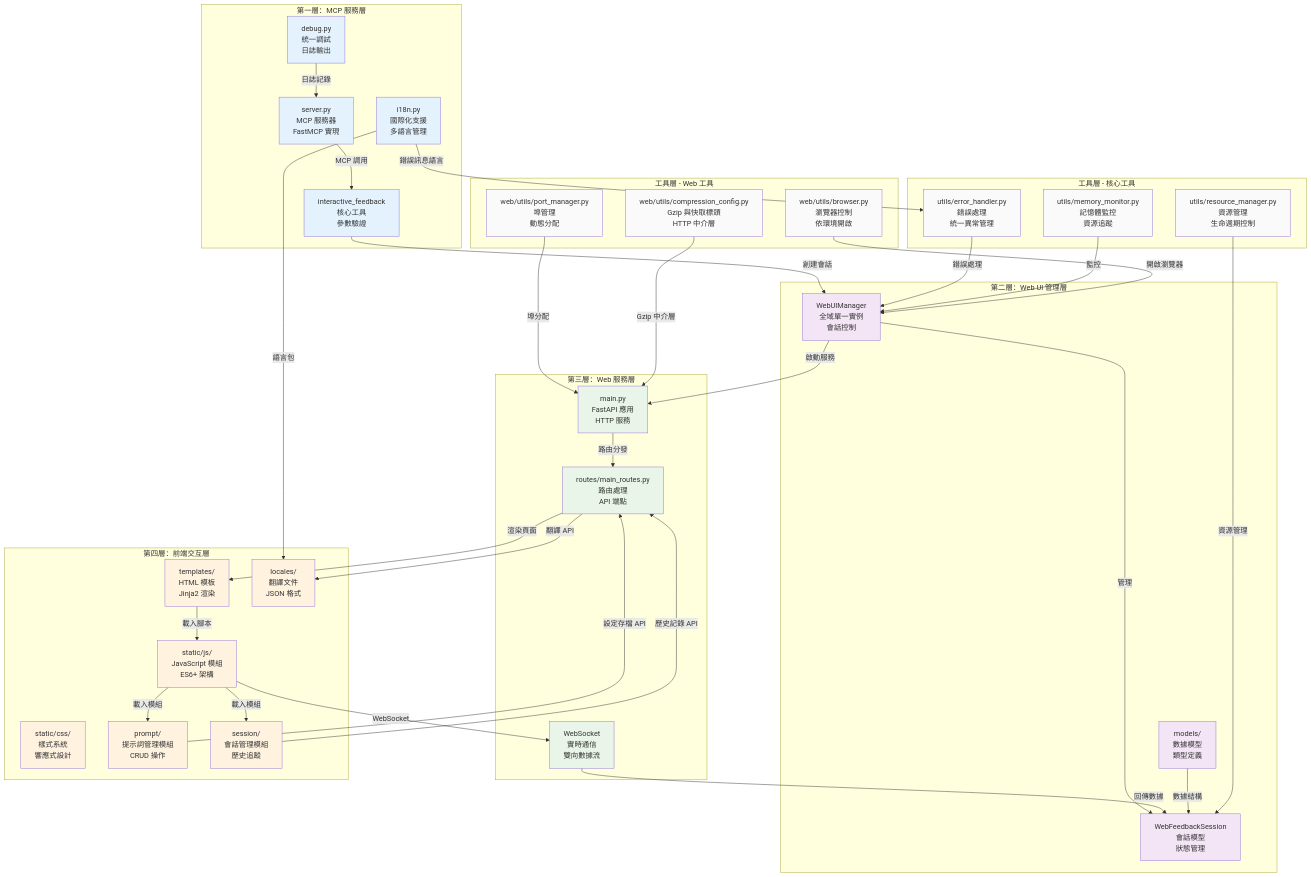
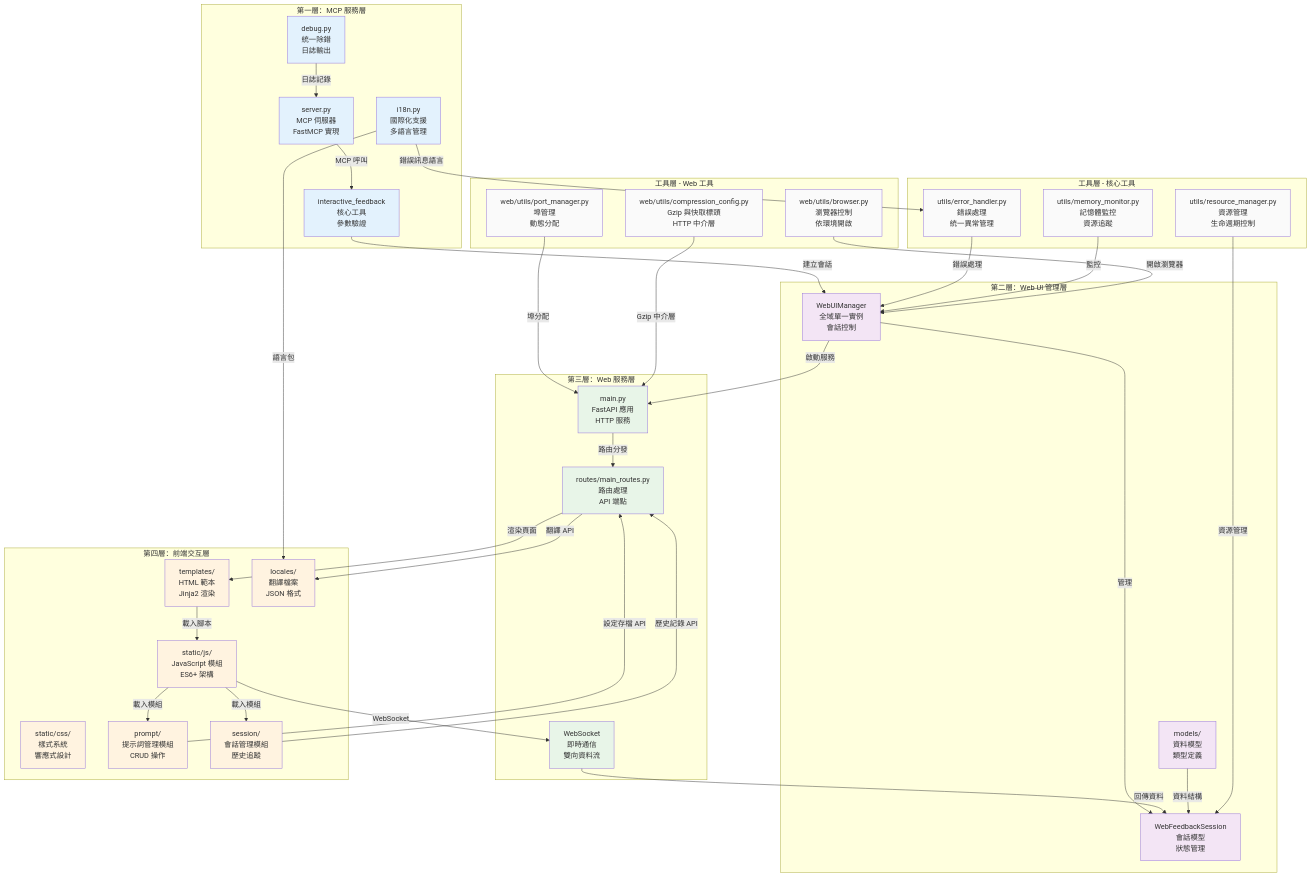
The first of 12 diagrams in docs/architecture/component-details.md (CloudEngineHub/mcp-feedback-enhanced), drawn with Mermaid before and after one commit. The commit also changed other lines of this file, not shown here.

````diff
--- a/docs/architecture/component-details.md
+++ b/docs/architecture/component-details.md
@@ -17,29 +17,29 @@
 ```mermaid
 graph TB
     subgraph "第一層：MCP 服務層"
-        SERVER[server.py<br/>MCP 服務器<br/>FastMCP 實現]
+        SERVER[server.py<br/>MCP 伺服器<br/>FastMCP 實現]
         TOOL[interactive_feedback<br/>核心工具<br/>參數驗證]
         I18N[i18n.py<br/>國際化支援<br/>多語言管理]
-        DEBUG[debug.py<br/>統一調試<br/>日誌輸出]
+        DEBUG[debug.py<br/>統一除錯<br/>日誌輸出]
     end
 
     subgraph "第二層：Web UI 管理層"
         MANAGER[WebUIManager<br/>全域單一實例<br/>會話控制]
         SESSION[WebFeedbackSession<br/>會話模型<br/>狀態管理]
-        MODELS[models/<br/>數據模型<br/>類型定義]
+        MODELS[models/<br/>資料模型<br/>類型定義]
     end
 
     subgraph "第三層：Web 服務層"
         MAIN[main.py<br/>FastAPI 應用<br/>HTTP 服務]
         ROUTES[routes/main_routes.py<br/>路由處理<br/>API 端點]
-        WS[WebSocket<br/>實時通信<br/>雙向數據流]
+        WS[WebSocket<br/>即時通信<br/>雙向資料流]
     end
 
     subgraph "第四層：前端交互層"
-        HTML[templates/<br/>HTML 模板<br/>Jinja2 渲染]
+        HTML[templates/<br/>HTML 範本<br/>Jinja2 渲染]
         JS[static/js/<br/>JavaScript 模組<br/>ES6+ 架構]
         CSS[static/css/<br/>樣式系統<br/>響應式設計]
-        LOCALES[locales/<br/>翻譯文件<br/>JSON 格式]
+        LOCALES[locales/<br/>翻譯檔案<br/>JSON 格式]
         PROMPT_MODULES[prompt/<br/>提示詞管理模組<br/>CRUD 操作]
         SESSION_MODULES[session/<br/>會話管理模組<br/>歷史追蹤]
     end
@@ -56,16 +56,16 @@
         COMPRESS[web/utils/compression_config.py<br/>Gzip 與快取標頭<br/>HTTP 中介層]
     end
 
-    %% 主要數據流
-    SERVER -->|MCP 調用| TOOL
-    TOOL -->|創建會話| MANAGER
+    %% 主要資料流
+    SERVER -->|MCP 呼叫| TOOL
+    TOOL -->|建立會話| MANAGER
     MANAGER -->|管理| SESSION
     MANAGER -->|啟動服務| MAIN
     MAIN -->|路由分發| ROUTES
     ROUTES -->|渲染頁面| HTML
     HTML -->|載入腳本| JS
     JS -->|WebSocket| WS
-    WS -->|回傳數據| SESSION
+    WS -->|回傳資料| SESSION
 
     %% 新功能模組
     JS -->|載入模組| PROMPT_MODULES
@@ -78,7 +78,7 @@
     ROUTES -->|翻譯 API| LOCALES
     I18N -->|語言包| LOCALES
     DEBUG -->|日誌記錄| SERVER
-    MODELS -->|數據結構| SESSION
+    MODELS -->|資料結構| SESSION
 
     %% 工具層支援
     ERROR -->|錯誤處理| MANAGER
````
